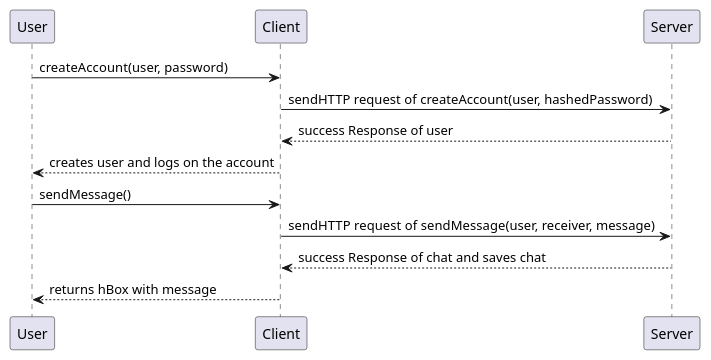
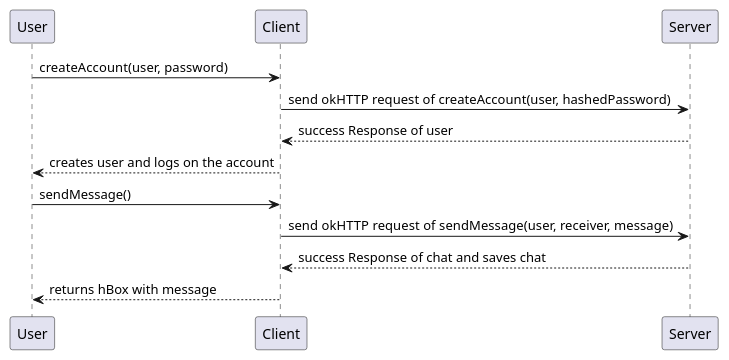
Before and after one commit to Tordsg/Xcitr: the diagram in docs/release 3/sequenceDiagram.plantUML, drawn with PlantUML. The commit also changed 5 other files, not shown here.

Commit message:
made classdiagrams

```diff
--- a/docs/release 3/sequenceDiagram.plantUML
+++ b/docs/release 3/sequenceDiagram.plantUML
@@ -1,15 +1,15 @@
 @startuml sequenceDiagram
 
 User -> Client: createAccount(user, password)
-Client -> Server: sendHTTP request of createAccount(user, hashedPassword)
+Client -> Server: send okHTTP request of createAccount(user, hashedPassword)
 Server --> Client: success Response of user
 Client --> User: creates user and logs on the account
 
 User -> Client: sendMessage()
-Client -> Server: sendHTTP request of sendMessage(user, receiver, message)
+Client -> Server: send okHTTP request of sendMessage(user, receiver, message)
 Server --> Client: success Response of chat and saves chat
 Client --> User: returns hBox with message
 
 
 
 @enduml
```
